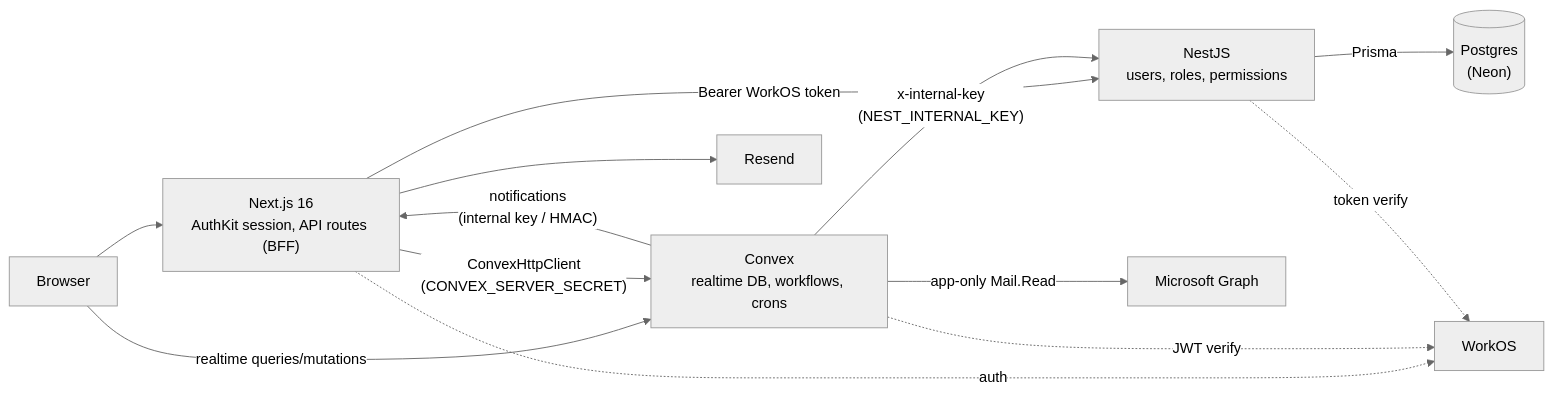
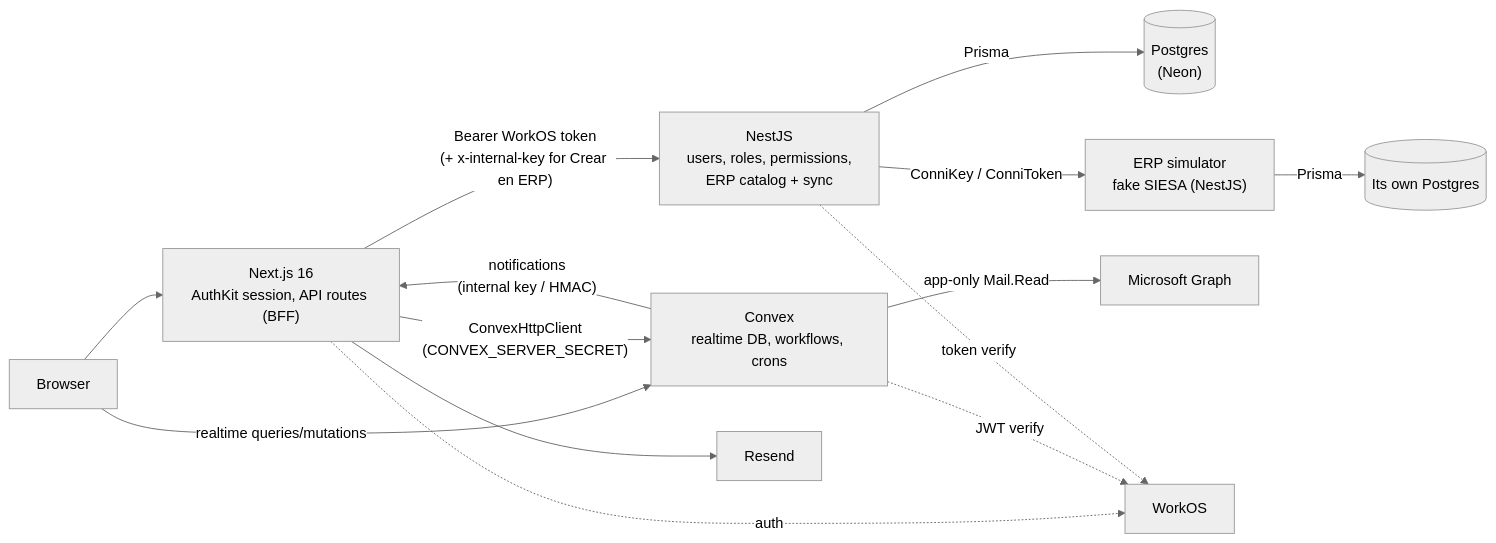
The diagram in README.md (sxntixgxs/lab-trxckin), drawn with Mermaid (neutral theme) before and after one commit. The commit also changed other lines of this file and 6 other files, not shown here.

First line of the commit message:
docs: ERP catalog and simulator guide

````diff
--- a/README.md
+++ b/README.md
@@ -48,15 +50,16 @@
 ```mermaid
 flowchart LR
     B[Browser] --> N["Next.js 16<br/>AuthKit session, API routes (BFF)"]
     B -- realtime queries/mutations --> C
     N -- "ConvexHttpClient<br/>(CONVEX_SERVER_SECRET)" --> C["Convex<br/>realtime DB, workflows, crons"]
-    N -- "Bearer WorkOS token" --> S["NestJS<br/>users, roles, permissions"]
+    N -- "Bearer WorkOS token<br/>(+ x-internal-key for Crear en ERP)" --> S["NestJS<br/>users, roles, permissions,<br/>ERP catalog + sync"]
     S -- Prisma --> P[("Postgres<br/>(Neon)")]
-    C -- "x-internal-key<br/>(NEST_INTERNAL_KEY)" --> S
+    S -- "ConniKey / ConniToken" --> E["ERP simulator<br/>fake SIESA (NestJS)"]
+    E -- Prisma --> PE[("Its own Postgres")]
     C -- "notifications<br/>(internal key / HMAC)" --> N
     C -- "app-only Mail.Read" --> G[Microsoft Graph]
     N --> R[Resend]
     N -. auth .-> W[WorkOS]
     C -. JWT verify .-> W
     S -. token verify .-> W
 ```
````
